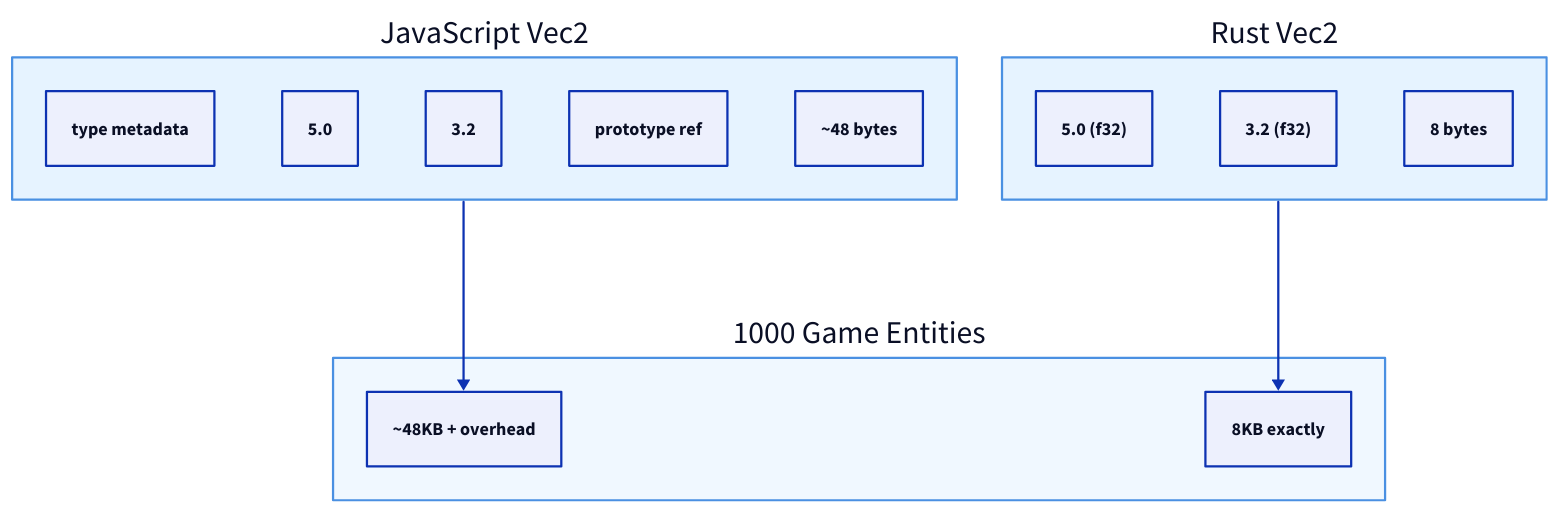
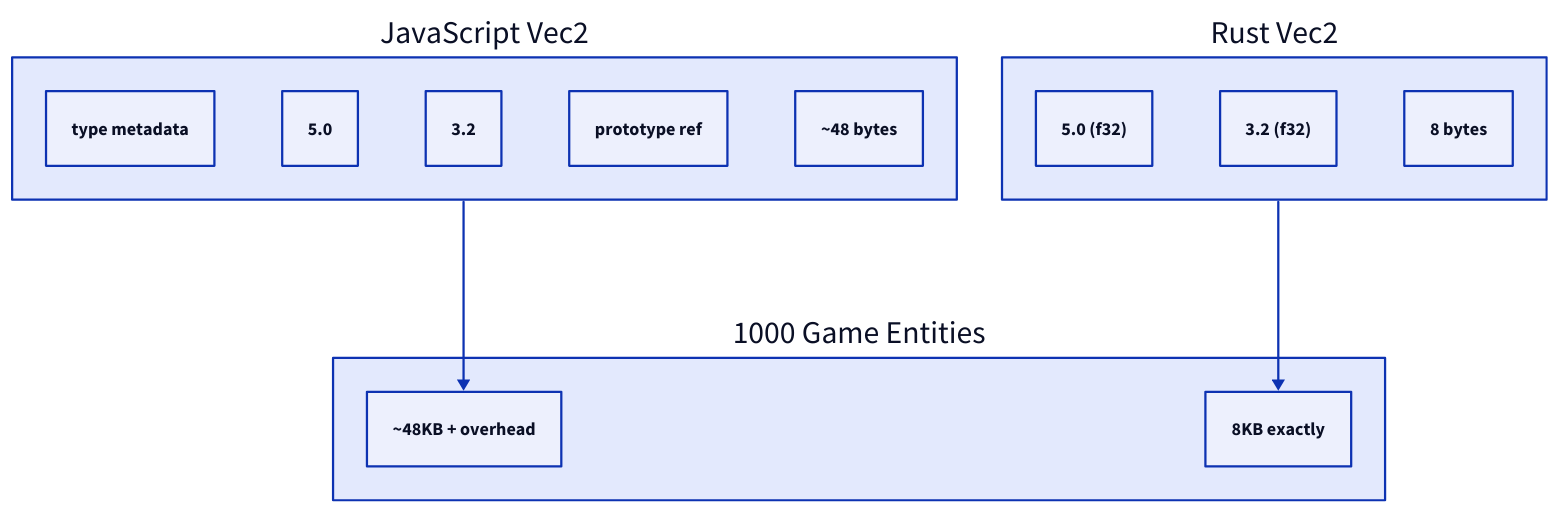
The first of 6 diagrams in _posts/2025-09-16-bevy-rust-game-development-chapter-1.markdown (jamesfebin/AIBodh-Website), drawn with D2 before and after one commit. The commit also changed other lines of this file and 24 other files, not shown here.

````diff
--- a/_posts/2025-09-16-bevy-rust-game-development-chapter-1.markdown
+++ b/_posts/2025-09-16-bevy-rust-game-development-chapter-1.markdown
@@ -80,56 +80,44 @@
 ```d2
+
+
 # JavaScript Vec2 container
 js_vec2: JavaScript Vec2 {
   shape: rectangle
-  style: {
-    stroke: "#4A90E2"
-    stroke-width: 2
-    fill: "#E6F3FF"
-  }
+
 
   # JavaScript Vec2 fields
   type_metadata: "type metadata"
   val_5_0: "5.0"
   val_3_2: "3.2"
   prototype_ref: "prototype ref"
   minus_48_bytes: "~48 bytes"
 }
 
 # Rust Vec2 container  
 rust_vec2: Rust Vec2 {
   shape: rectangle
-  style: {
-    stroke: "#4A90E2"
-    stroke-width: 2
-    fill: "#E6F3FF"
-  }
 
   # Rust Vec2 fields
   val_5_0_f32: "5.0 (f32)"
   val_3_2_f32: "3.2 (f32)"
   eight_bytes: "8 bytes"
 }
 
 # Game entities container
 game_entities: 1000 Game Entities {
   shape: rectangle
-  style: {
-    stroke: "#4A90E2"
-    stroke-width: 2
-    fill: "#F0F8FF"
-  }
 
   # JavaScript overhead
   js_overhead: "~48KB + overhead"
 
   # Rust exact memory
   rust_exact: "8KB exactly"
 }
 
 # Connections
 js_vec2 -> game_entities.js_overhead
 rust_vec2 -> game_entities.rust_exact
 
 # Layout
 direction: down
 ```
````
